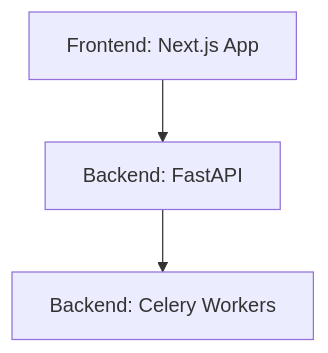
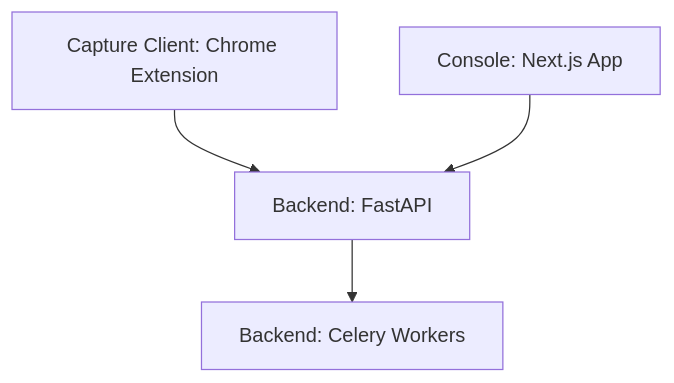
The diagram in 02-engineering/folder-structure.md (rudrabhavsar7/MeetingMind), drawn with Mermaid before and after one commit. The commit also changed other lines of this file and 82 other files, not shown here.

````diff
--- a/02-engineering/folder-structure.md
+++ b/02-engineering/folder-structure.md
@@ -18,9 +18,11 @@
 ```mermaid
 graph TD
-    UI[Frontend: Next.js App]
+    EXT[Capture Client: Chrome Extension]
+    UI[Console: Next.js App]
     API[Backend: FastAPI]
     Workers[Backend: Celery Workers]
     
+    EXT --> API
     UI --> API
     API --> Workers
 ```
````
